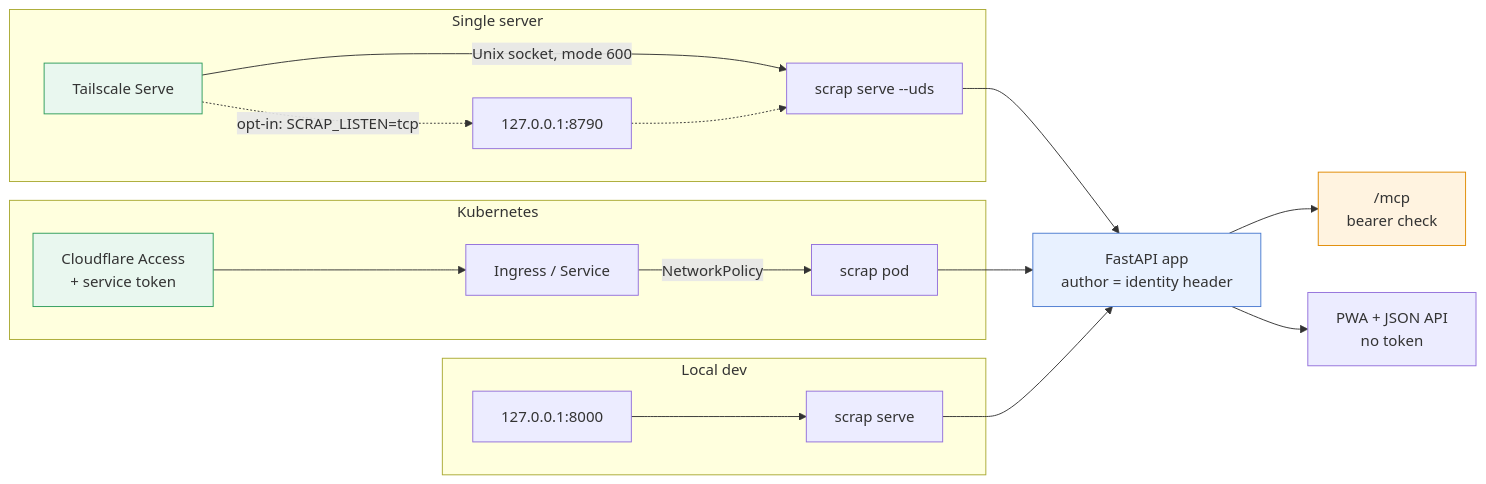
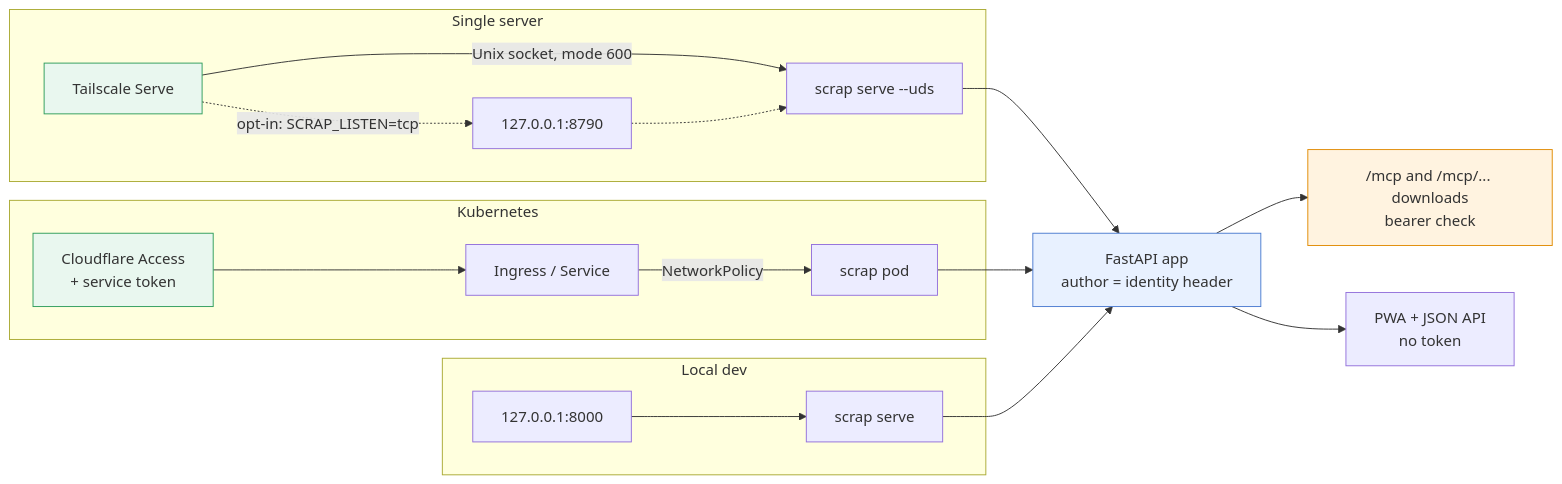
The first of 4 diagrams in docs/explanations/architecture/mcp-and-access.md (gilesknap/scrap), drawn with Mermaid before and after one commit. The commit also changed other lines of this file and 16 other files, not shown here.

First line of the commit message:
MCP clients can download files, drawings and pages under /mcp, behind the bearer token (#479) (#482)

````diff
--- a/docs/explanations/architecture/mcp-and-access.md
+++ b/docs/explanations/architecture/mcp-and-access.md
@@ -16,26 +16,26 @@
 ```mermaid
 flowchart LR
     subgraph single["Single server"]
         TS["Tailscale Serve"] -->|"Unix socket, mode 600"| A1["scrap serve --uds"]
         TS -.->|"opt-in: SCRAP_LISTEN=tcp"| L1["127.0.0.1:8790"]
         L1 -.-> A1
     end
     subgraph k8s["Kubernetes"]
         CF["Cloudflare Access<br/>+ service token"] --> IN["Ingress / Service"]
         IN -->|"NetworkPolicy"| A2["scrap pod"]
     end
     subgraph dev["Local dev"]
         L2["127.0.0.1:8000"] --> A3["scrap serve"]
     end
     A1 --> APP["FastAPI app<br/>author = identity header"]
     A2 --> APP
     A3 --> APP
-    APP --> MCP["/mcp<br/>bearer check"]
+    APP --> MCP["/mcp and /mcp/... downloads<br/>bearer check"]
     APP --> REST["PWA + JSON API<br/>no token"]
     classDef user fill:#e9f7ef,stroke:#2e9d5b
     classDef claude fill:#fff3e0,stroke:#e08a00
     classDef store fill:#e8f1ff,stroke:#4a7bd0
     class TS,CF user
     class MCP claude
     class APP store
 ```
````
